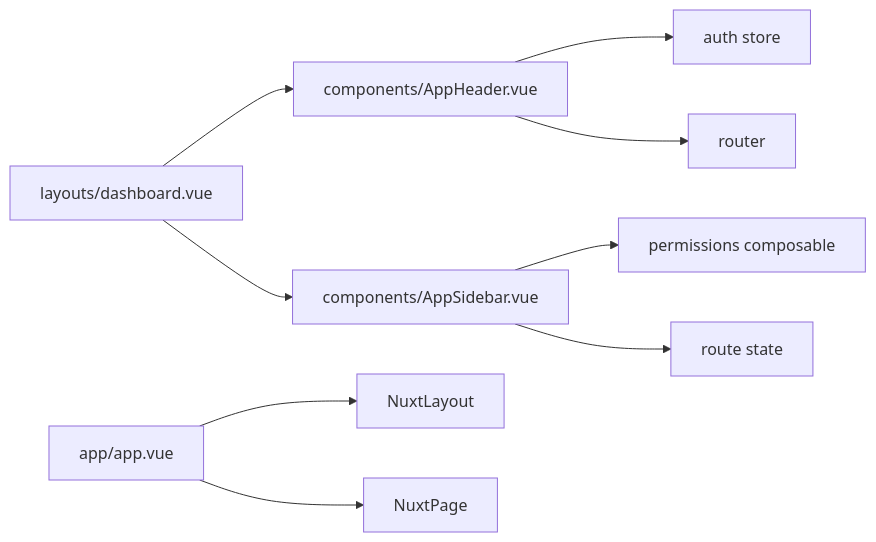
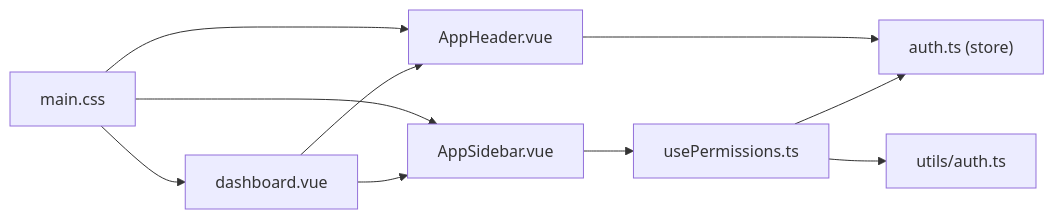
One commit to Lazynerd-Studios/lacarte-atlas-console changed the fourth of 4 diagrams in .qoder/repowiki/en/content/Core UI Components/Layout Components.md. Above: the diagram before and after it, drawn with Mermaid. The commit also changed other lines of this file and 139 other files, not shown here.

````diff
--- a/.qoder/repowiki/en/content/Core UI Components/Layout Components.md
+++ b/.qoder/repowiki/en/content/Core UI Components/Layout Components.md
@@ -349,11 +302,12 @@
 ```mermaid
 graph LR
-Dashboard["layouts/dashboard.vue"] --> Header["components/AppHeader.vue"]
-Dashboard --> Sidebar["components/AppSidebar.vue"]
-Header --> AuthStore["auth store"]
-Header --> Router["router"]
-Sidebar --> Permissions["permissions composable"]
-Sidebar --> Route["route state"]
-AppShell["app/app.vue"] --> NuxtLayout["NuxtLayout"]
-AppShell --> NuxtPage["NuxtPage"]
+Sidebar["AppSidebar.vue"] --> Permissions["usePermissions.ts"]
+Permissions --> AuthStore["auth.ts (store)"]
+Permissions --> AuthUtils["utils/auth.ts"]
+Header["AppHeader.vue"] --> AuthStore
+Layout["dashboard.vue"] --> Sidebar
+Layout --> Header
+Styles["main.css"] --> Layout
+Styles --> Sidebar
+Styles --> Header
 ```
````
